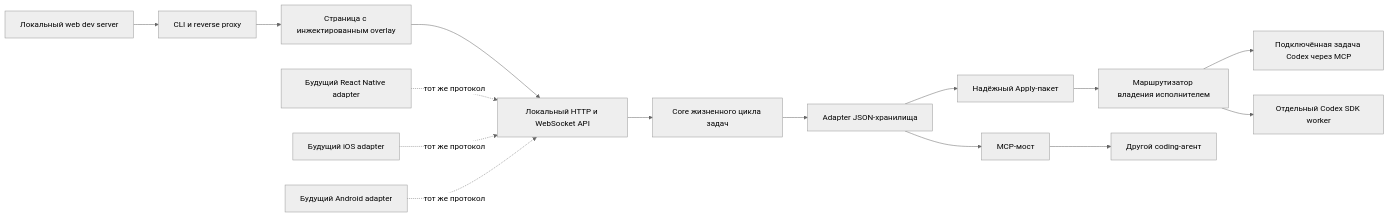
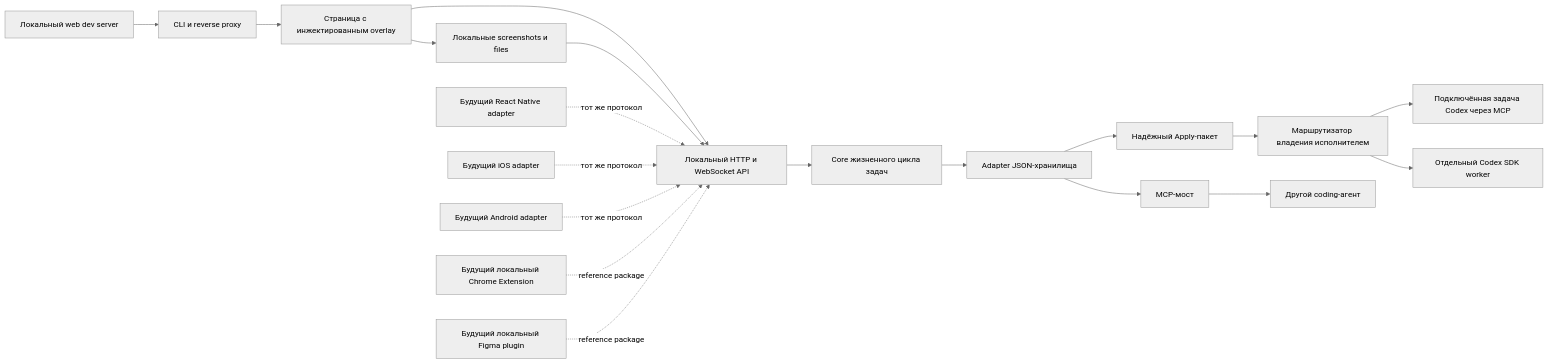
The first of 3 diagrams in docs/ARCHITECTURE.md (PRODactionPRO/visual-intent), drawn with Mermaid (neutral theme) before and after one commit. The commit also changed other lines of this file and 6 other files, not shown here.

````diff
--- a/docs/ARCHITECTURE.md
+++ b/docs/ARCHITECTURE.md
@@ -7,18 +7,22 @@
 ```mermaid
 flowchart LR
   App["Локальный web dev server"] --> Proxy["CLI и reverse proxy"]
   Proxy --> Browser["Страница с инжектированным overlay"]
   Browser --> API["Локальный HTTP и WebSocket API"]
+  Browser --> Media["Локальные screenshots и files"]
   API --> Core["Core жизненного цикла задач"]
+  Media --> API
   Core --> Store["Adapter JSON-хранилища"]
   Store --> Batch["Надёжный Apply-пакет"]
   Batch --> Router["Маршрутизатор владения исполнителем"]
   Router --> Host["Подключённая задача Codex через MCP"]
   Router --> Dispatcher["Отдельный Codex SDK worker"]
   Store --> MCP["MCP-мост"]
   MCP --> Agent["Другой coding-агент"]
 
   RN["Будущий React Native adapter"] -. "тот же протокол" .-> API
   IOS["Будущий iOS adapter"] -. "тот же протокол" .-> API
   Android["Будущий Android adapter"] -. "тот же протокол" .-> API
+  Chrome["Будущий локальный Chrome Extension"] -. "reference package" .-> API
+  FigmaPlugin["Будущий локальный Figma plugin"] -. "reference package" .-> API
 ```
````
